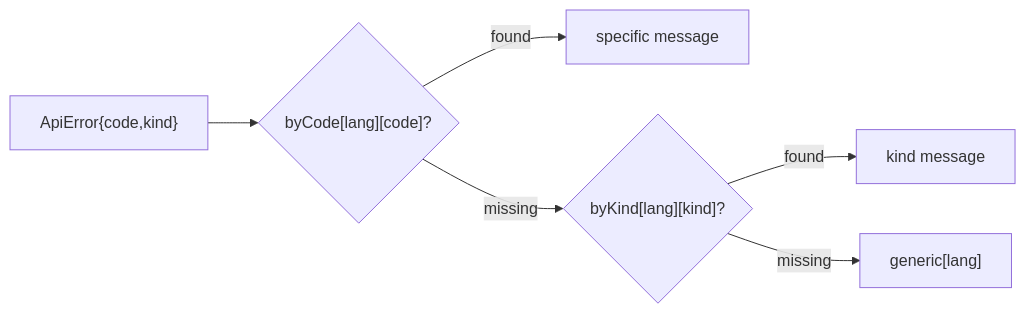
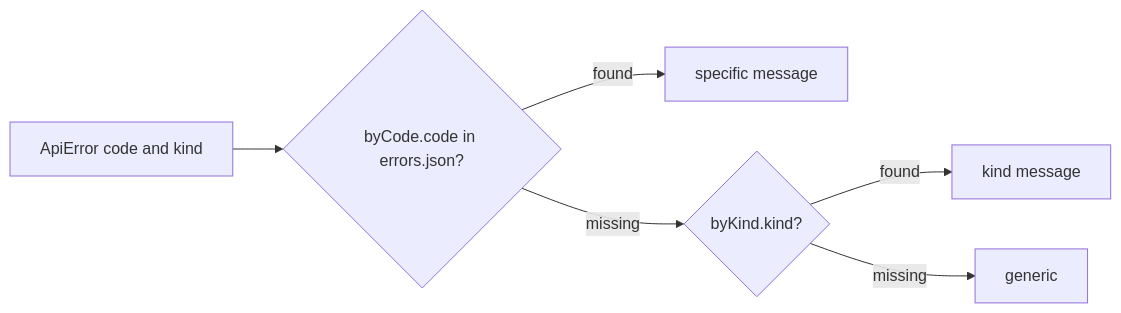
The diagram in docs/file-explanations/frontend/src/api/errorMessages.ts.md (youssef623/tutoring-centre), drawn with Mermaid before and after one commit. The commit also changed other lines of this file and 265 other files, not shown here.

````diff
--- a/docs/file-explanations/frontend/src/api/errorMessages.ts.md
+++ b/docs/file-explanations/frontend/src/api/errorMessages.ts.md
@@ -59,8 +59,8 @@
 ```mermaid
 flowchart LR
-    E["ApiError{code,kind}"] --> C{"byCode[lang][code]?"}
+    E["ApiError code and kind"] --> C{"byCode.code in errors.json?"}
     C -->|found| T["specific message"]
-    C -->|missing| K{"byKind[lang][kind]?"}
+    C -->|missing| K{"byKind.kind?"}
     K -->|found| T2["kind message"]
-    K -->|missing| G["generic[lang]"]
+    K -->|missing| G["generic"]
 ```
````
